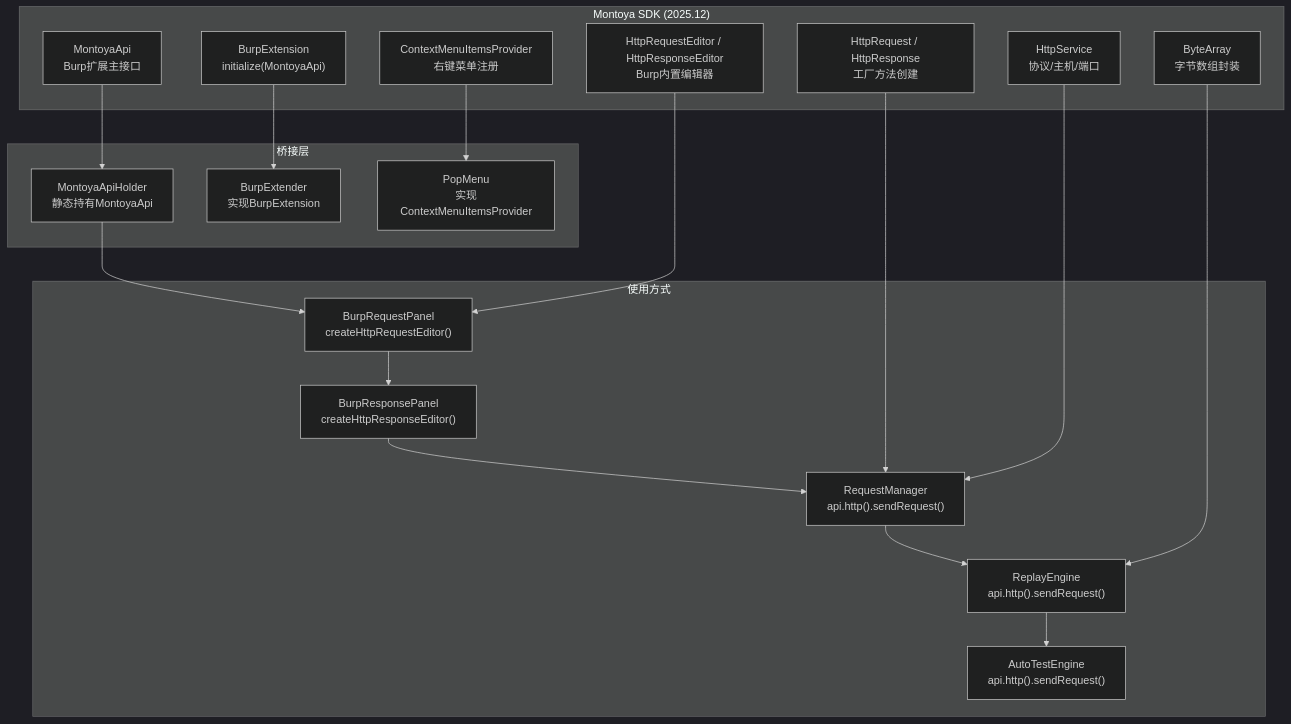
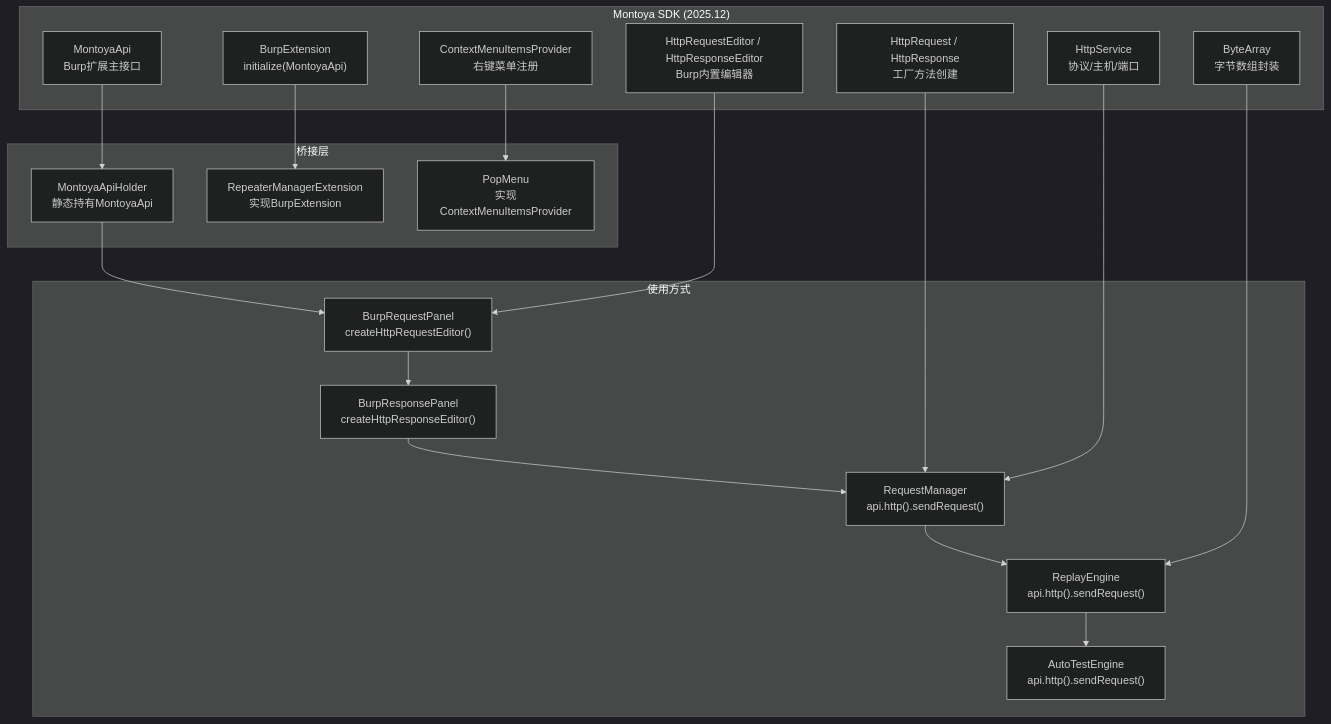
Diagram 29 of 31 in doc/design/data_flow_analysis.md (GitHubNull/repeaterManger), drawn with Mermaid (dark theme) before and after one commit. The commit also changed other lines of this file and 34 other files, not shown here.

````diff
--- a/doc/design/data_flow_analysis.md
+++ b/doc/design/data_flow_analysis.md
@@ -1034,34 +1174,34 @@
 ```mermaid
 graph TB
     subgraph Montoya["Montoya SDK (2025.12)"]
         M1["MontoyaApi<br/>Burp扩展主接口"]
         M2["BurpExtension<br/>initialize(MontoyaApi)"]
         M3["ContextMenuItemsProvider<br/>右键菜单注册"]
         M4["HttpRequest / HttpResponse<br/>工厂方法创建"]
         M5["HttpRequestEditor / HttpResponseEditor<br/>Burp内置编辑器"]
         M6["HttpService<br/>协议/主机/端口"]
         M7["ByteArray<br/>字节数组封装"]
     end
 
     subgraph Bridge["桥接层"]
         B1["MontoyaApiHolder<br/>静态持有MontoyaApi"]
-        B2["BurpExtender<br/>实现BurpExtension"]
+        B2["RepeaterManagerExtension<br/>实现BurpExtension"]
         B3["PopMenu<br/>实现ContextMenuItemsProvider"]
     end
 
     subgraph Usage["使用方式"]
         U1["BurpRequestPanel<br/>createHttpRequestEditor()"]
         U2["BurpResponsePanel<br/>createHttpResponseEditor()"]
         U3["RequestManager<br/>api.http().sendRequest()"]
         U4["ReplayEngine<br/>api.http().sendRequest()"]
         U5["AutoTestEngine<br/>api.http().sendRequest()"]
     end
 
     M1 --> B1 --> U1 --> U2 --> U3 --> U4 --> U5
     M2 --> B2
     M3 --> B3
     M4 --> U3
     M5 --> U1
     M6 --> U3
     M7 --> U4
 ```
````
